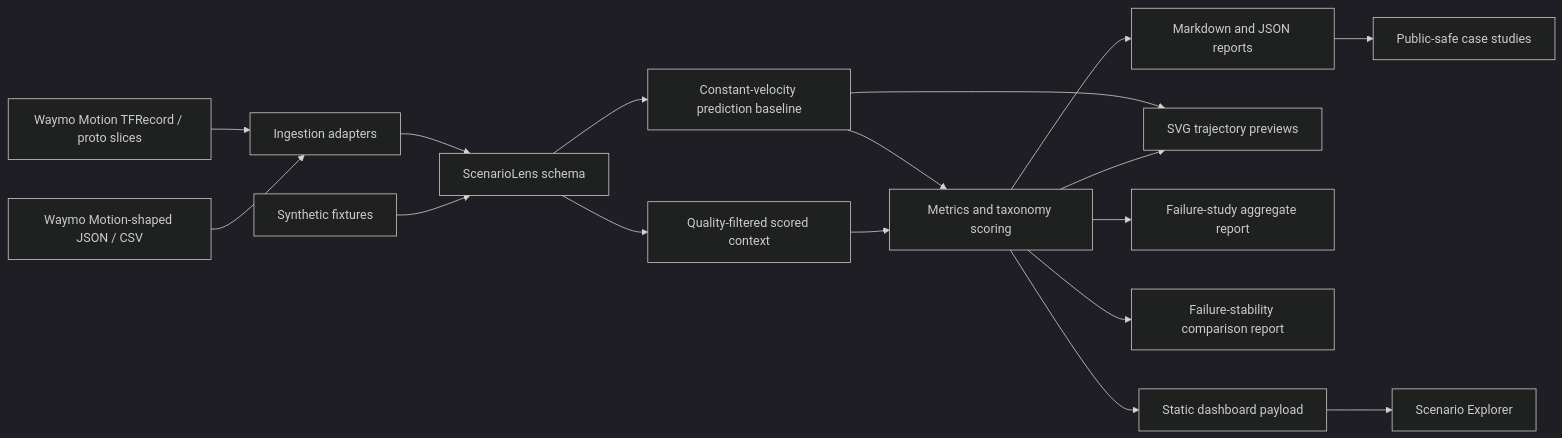
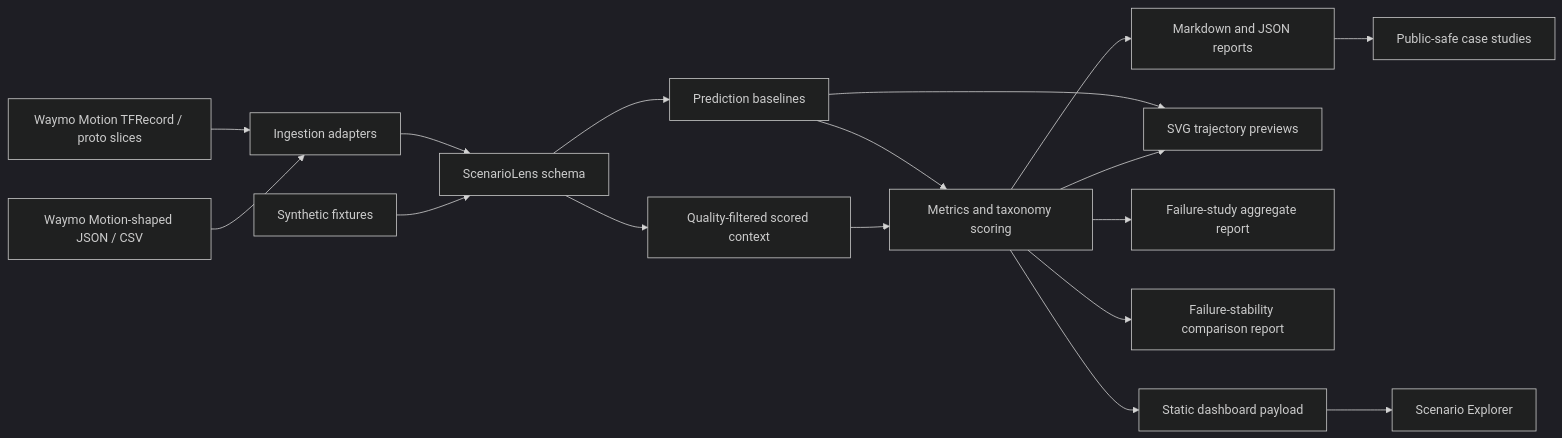
The diagram in docs/architecture.md (ethanvillalovoz/scenariolens), drawn with Mermaid (dark theme) before and after one commit. The commit also changed other lines of this file and 35 other files, not shown here.

````diff
--- a/docs/architecture.md
+++ b/docs/architecture.md
@@ -5,19 +5,19 @@
 ```mermaid
 flowchart LR
     A["Synthetic fixtures"] --> D["ScenarioLens schema"]
     B["Waymo Motion-shaped JSON / CSV"] --> C["Ingestion adapters"]
     M["Waymo Motion TFRecord / proto slices"] --> C
     C --> D
     D --> E["Quality-filtered scored context"]
-    D --> P["Constant-velocity prediction baseline"]
+    D --> P["Prediction baselines"]
     E --> F["Metrics and taxonomy scoring"]
     P --> F
     F --> G["Markdown and JSON reports"]
     F --> H["SVG trajectory previews"]
     P --> H
     F --> L["Failure-study aggregate report"]
     F --> N["Failure-stability comparison report"]
     F --> I["Static dashboard payload"]
     I --> J["Scenario Explorer"]
     G --> K["Public-safe case studies"]
 ```
````
